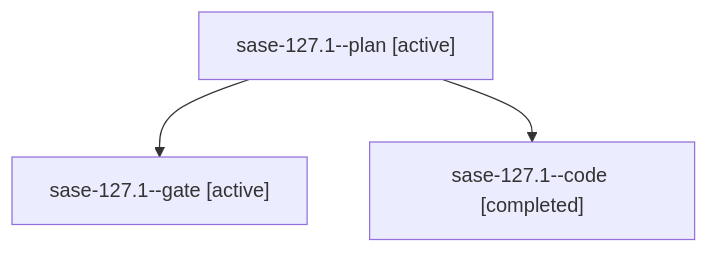
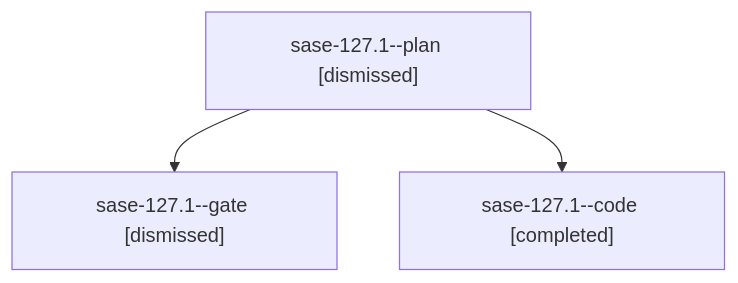
Before and after one commit to sase-org/sase--agents: the diagram in sessions/bbugyi200.athena.sase-127.1.md, drawn with Mermaid. The commit also changed other lines of this file and 198 other files, not shown here.

````diff
--- a/sessions/bbugyi200.athena.sase-127.1.md
+++ b/sessions/bbugyi200.athena.sase-127.1.md
@@ -9,8 +9,8 @@
 ```mermaid
 flowchart TD
-  n0["sase-127.1--plan [active]"]
-  n1["sase-127.1--gate [active]"]
+  n0["sase-127.1--plan [dismissed]"]
+  n1["sase-127.1--gate [dismissed]"]
   n0 --> n1
   n2["sase-127.1--code [completed]"]
   n0 --> n2
 ```
````
